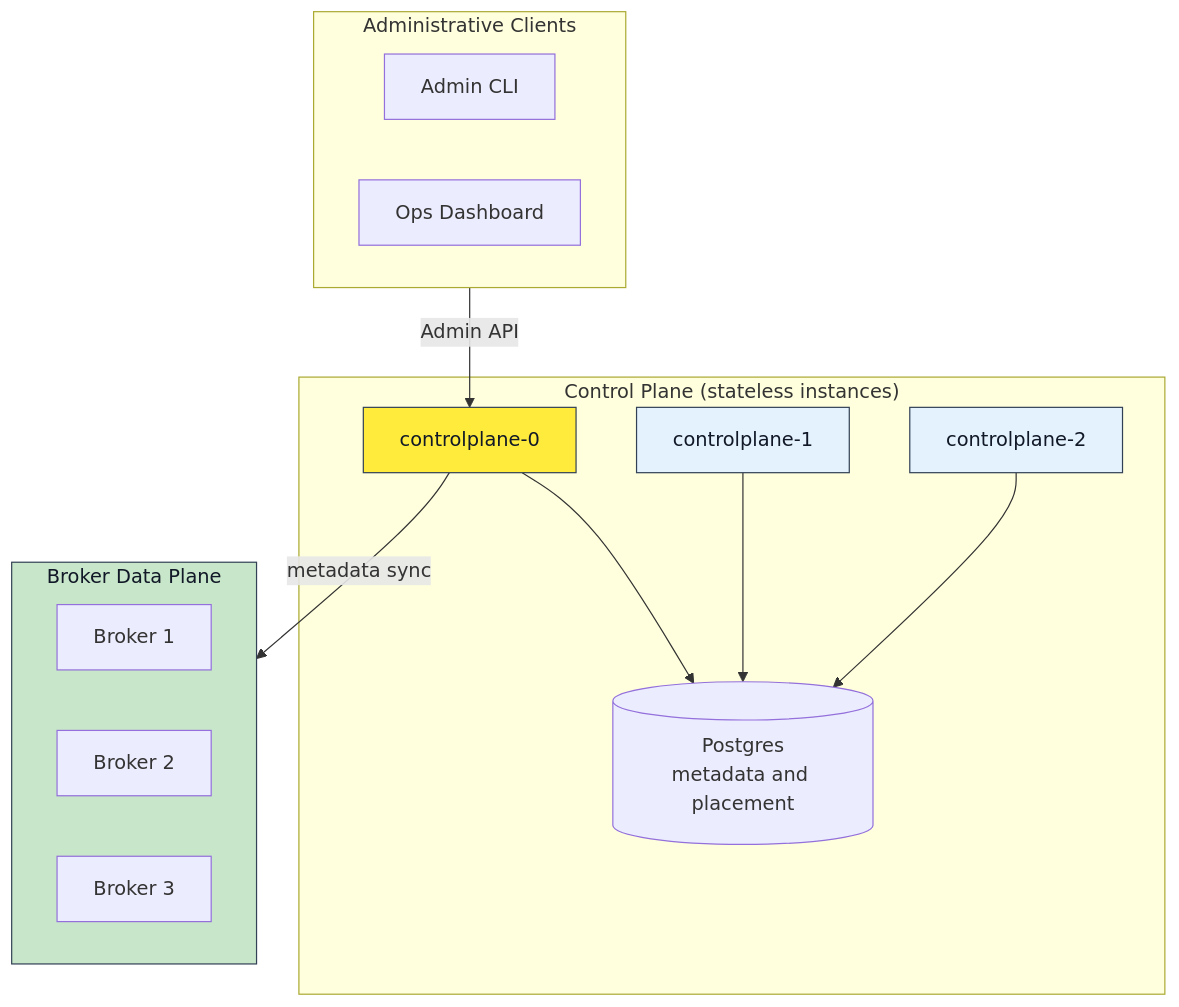
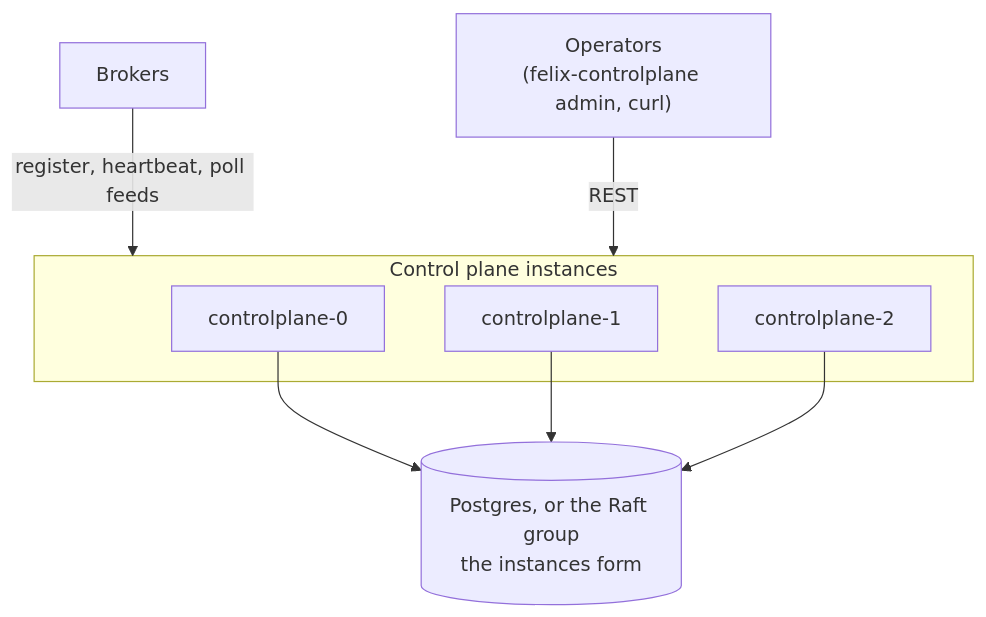
Before and after one commit to GetFelix/felix: the diagram in docs-site/src/content/docs/api/control-plane-api.md, drawn with Mermaid. The commit also changed other lines of this file, not shown here.

First line of the commit message:
docs(site): describe the control plane's real REST API

````diff
--- a/docs-site/src/content/docs/api/control-plane-api.md
+++ b/docs-site/src/content/docs/api/control-plane-api.md
@@ -424,32 +470,17 @@
 ```mermaid
 graph TB
-    subgraph CONTROLPLANE["Control Plane (stateless instances)"]
-        CONTROLPLANE1["controlplane-0"]
-        CONTROLPLANE2["controlplane-1"]
-        CONTROLPLANE3["controlplane-2"]
-        PG[("Postgres<br/>metadata and placement")]
+    subgraph CP["Control plane instances"]
+        CP1["controlplane-0"]
+        CP2["controlplane-1"]
+        CP3["controlplane-2"]
+    end
+    Store[("Postgres, or the Raft group<br/>the instances form")]
+    Brokers["Brokers"]
+    Operators["Operators<br/>(felix-controlplane admin, curl)"]
 
-        CONTROLPLANE1 --> PG
-        CONTROLPLANE2 --> PG
-        CONTROLPLANE3 --> PG
-    end
-    
-    subgraph Brokers["Broker Data Plane"]
-        B1[Broker 1]
-        B2[Broker 2]
-        B3[Broker 3]
-    end
-    
-    subgraph Clients["Administrative Clients"]
-        Admin[Admin CLI]
-        Ops[Ops Dashboard]
-    end
-    
-    CONTROLPLANE1 -->|metadata sync| Brokers
-    Clients -->|Admin API| CONTROLPLANE1
-    
-    style CONTROLPLANE1 fill:#ffeb3b,stroke:#334155,color:#111827
-    style CONTROLPLANE2 fill:#e3f2fd,stroke:#334155,color:#111827
-    style CONTROLPLANE3 fill:#e3f2fd,stroke:#334155,color:#111827
-    style Brokers fill:#c8e6c9,stroke:#334155,color:#111827
+    CP1 --> Store
+    CP2 --> Store
+    CP3 --> Store
+    Brokers -->|register, heartbeat, poll feeds| CP
+    Operators -->|REST| CP
 ```
````
